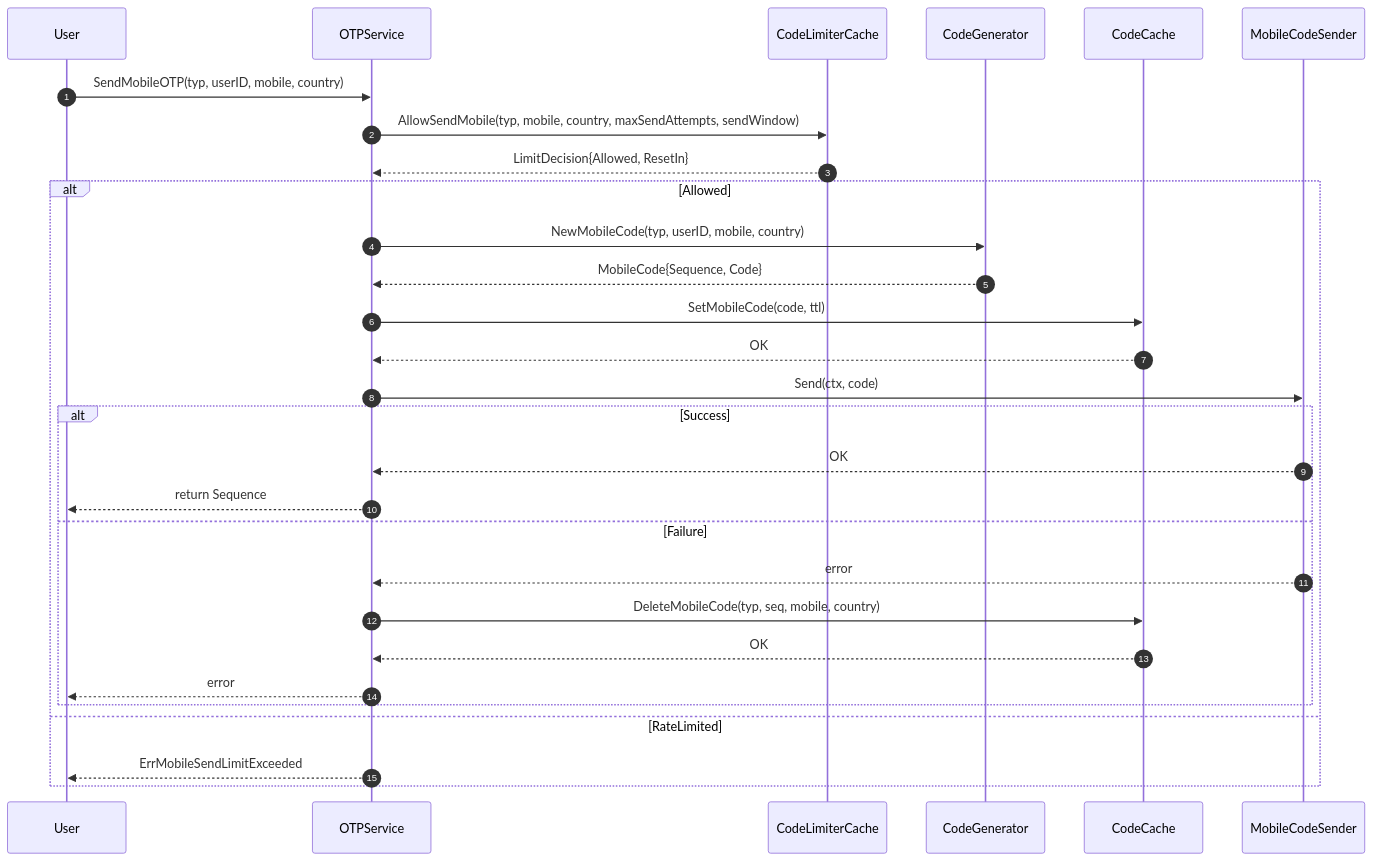
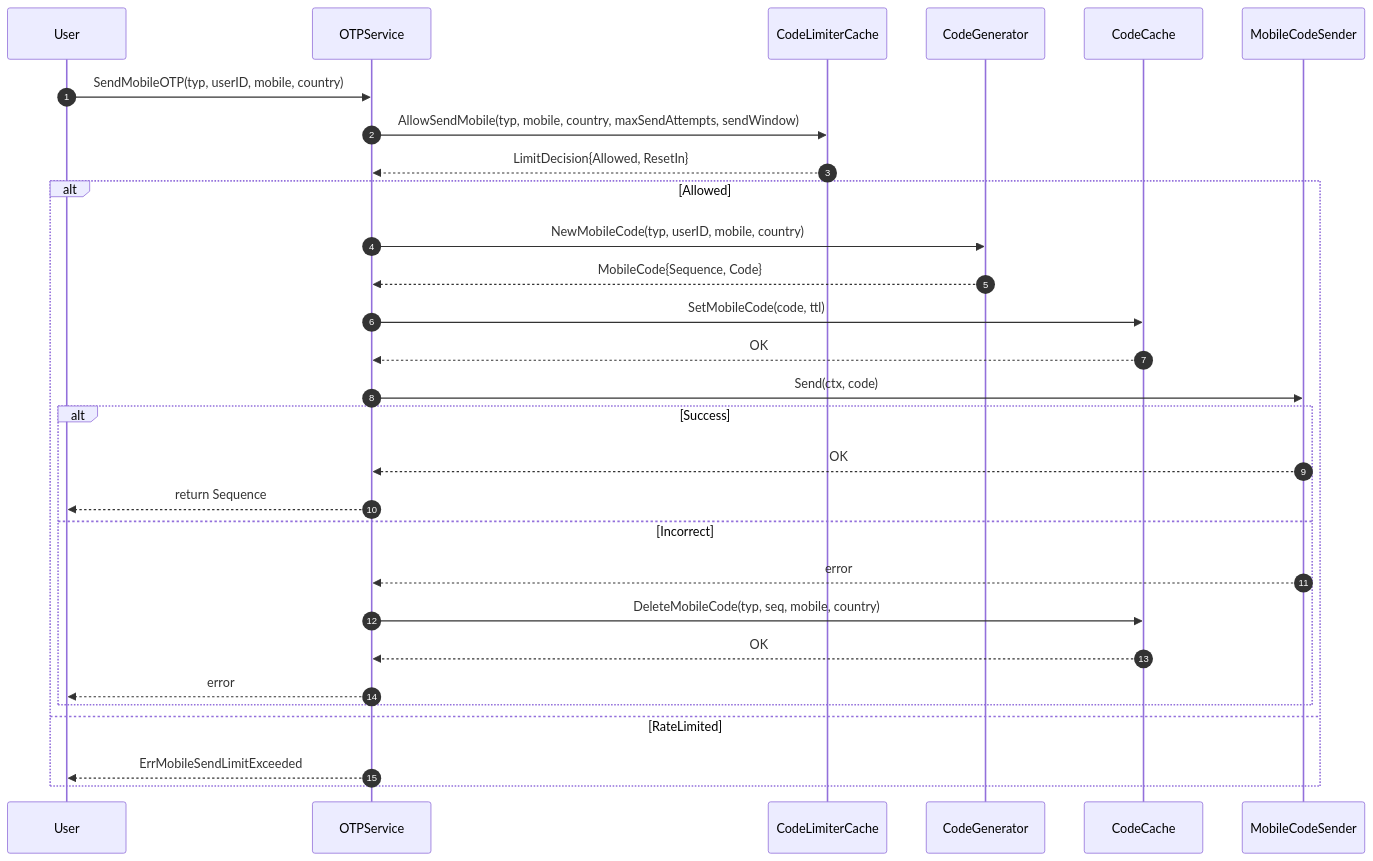
One commit to crypto-zero/go-biz changed the first of 2 diagrams in verification/README.md. Above: the diagram before and after it, drawn with Mermaid. The commit also changed other lines of this file and 2 other files, not shown here.

Commit message:
feat: change sequence diagram function name

````diff
--- a/verification/README.md
+++ b/verification/README.md
@@ -63,33 +63,33 @@
 ```mermaid
 sequenceDiagram
     autonumber
     participant User
     participant OTPService
     participant CodeLimiterCache
     participant CodeGenerator
     participant CodeCache
     participant MobileCodeSender
 
     User->>OTPService: SendMobileOTP(typ, userID, mobile, country)
     OTPService->>CodeLimiterCache: AllowSendMobile(typ, mobile, country, maxSendAttempts, sendWindow)
     CodeLimiterCache-->>OTPService: LimitDecision{Allowed, ResetIn}
 
     alt Allowed
         OTPService->>CodeGenerator: NewMobileCode(typ, userID, mobile, country)
         CodeGenerator-->>OTPService: MobileCode{Sequence, Code}
         OTPService->>CodeCache: SetMobileCode(code, ttl)
         CodeCache-->>OTPService: OK
         OTPService->>MobileCodeSender: Send(ctx, code)
         alt Success
             MobileCodeSender-->>OTPService: OK
             OTPService-->>User: return Sequence
-        else Failure
+        else Incorrect
             MobileCodeSender-->>OTPService: error
             OTPService->>CodeCache: DeleteMobileCode(typ, seq, mobile, country)
             CodeCache-->>OTPService: OK
             OTPService-->>User: error
         end
     else RateLimited
         OTPService-->>User: ErrMobileSendLimitExceeded
     end
 ```
````
